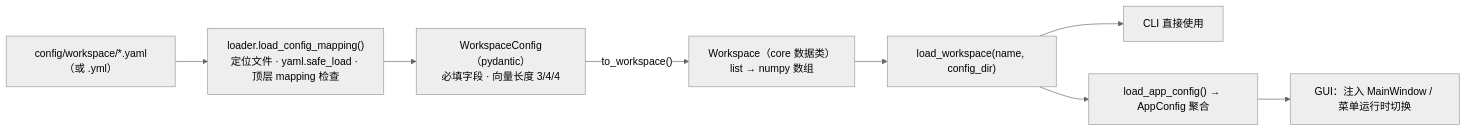
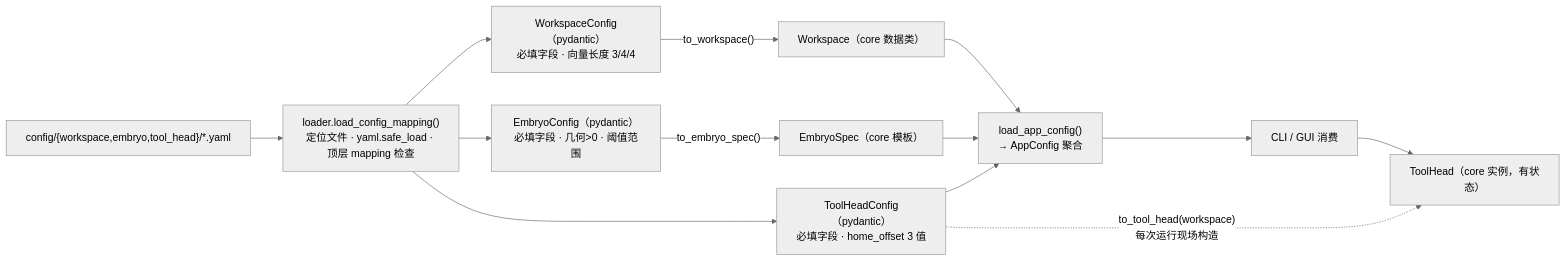
One commit to Axiom117/M-REx_Perception changed the diagram in doc/config-system.md. Above: the diagram before and after it, drawn with Mermaid (neutral theme). The commit also changed other lines of this file and 25 other files, not shown here.

````diff
--- a/doc/config-system.md
+++ b/doc/config-system.md
@@ -27,10 +29,15 @@
 ```mermaid
 flowchart LR
-    Y["config/workspace/*.yaml（或 .yml）"] --> LCM["loader.load_config_mapping()<br/>定位文件 · yaml.safe_load · 顶层 mapping 检查"]
+    Y["config/{workspace,embryo,tool_head}/*.yaml"] --> LCM["loader.load_config_mapping()<br/>定位文件 · yaml.safe_load · 顶层 mapping 检查"]
     LCM --> WC["WorkspaceConfig（pydantic）<br/>必填字段 · 向量长度 3/4/4"]
-    WC -->|"to_workspace()"| WS["Workspace（core 数据类）<br/>list → numpy 数组"]
-    WS --> LW["load_workspace(name, config_dir)"]
-    LW --> CLI["CLI 直接使用"]
-    LW --> AC["load_app_config() → AppConfig 聚合"]
-    AC --> GUI["GUI：注入 MainWindow / 菜单运行时切换"]
+    LCM --> EC["EmbryoConfig（pydantic）<br/>必填字段 · 几何>0 · 阈值范围"]
+    LCM --> TC["ToolHeadConfig（pydantic）<br/>必填字段 · home_offset 3 值"]
+    WC -->|"to_workspace()"| WS["Workspace（core 数据类）"]
+    EC -->|"to_embryo_spec()"| ES["EmbryoSpec（core 模板）"]
+    WS --> AC["load_app_config()<br/>→ AppConfig 聚合"]
+    ES --> AC
+    TC --> AC
+    AC --> USE["CLI / GUI 消费"]
+    TC -.->|"to_tool_head(workspace)<br/>每次运行现场构造"| TH["ToolHead（core 实例，有状态）"]
+    USE --> TH
 ```
````
